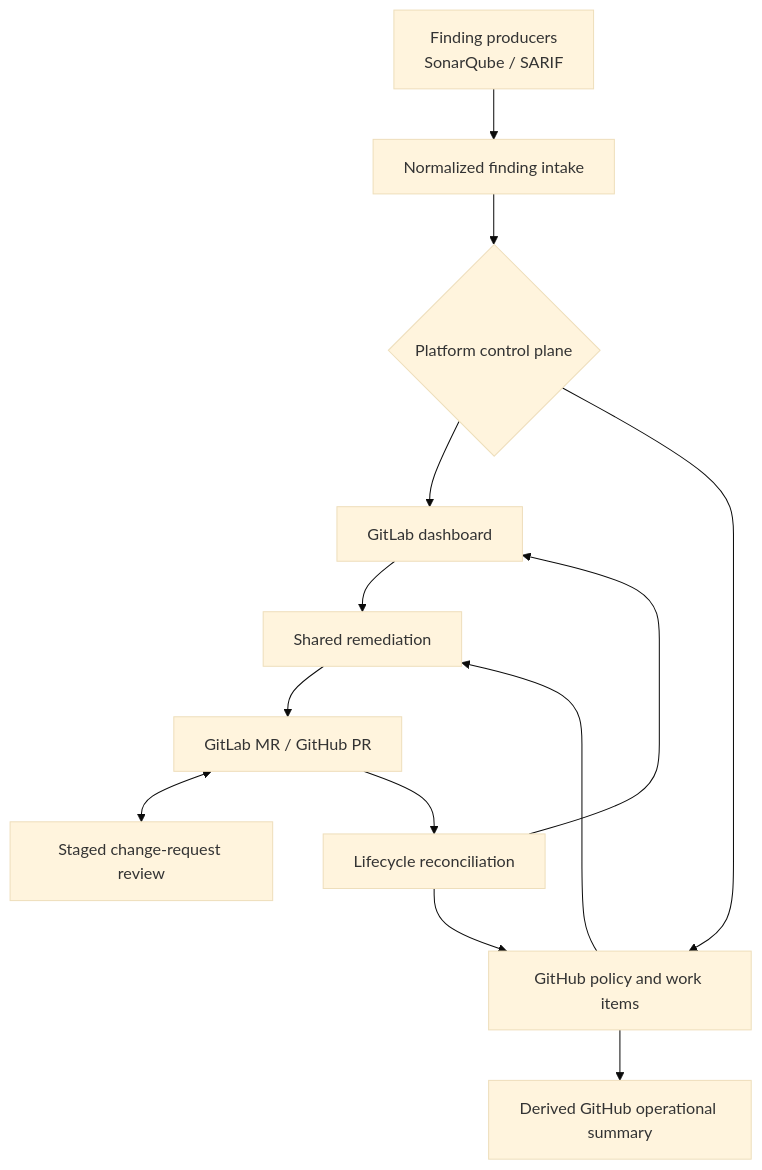
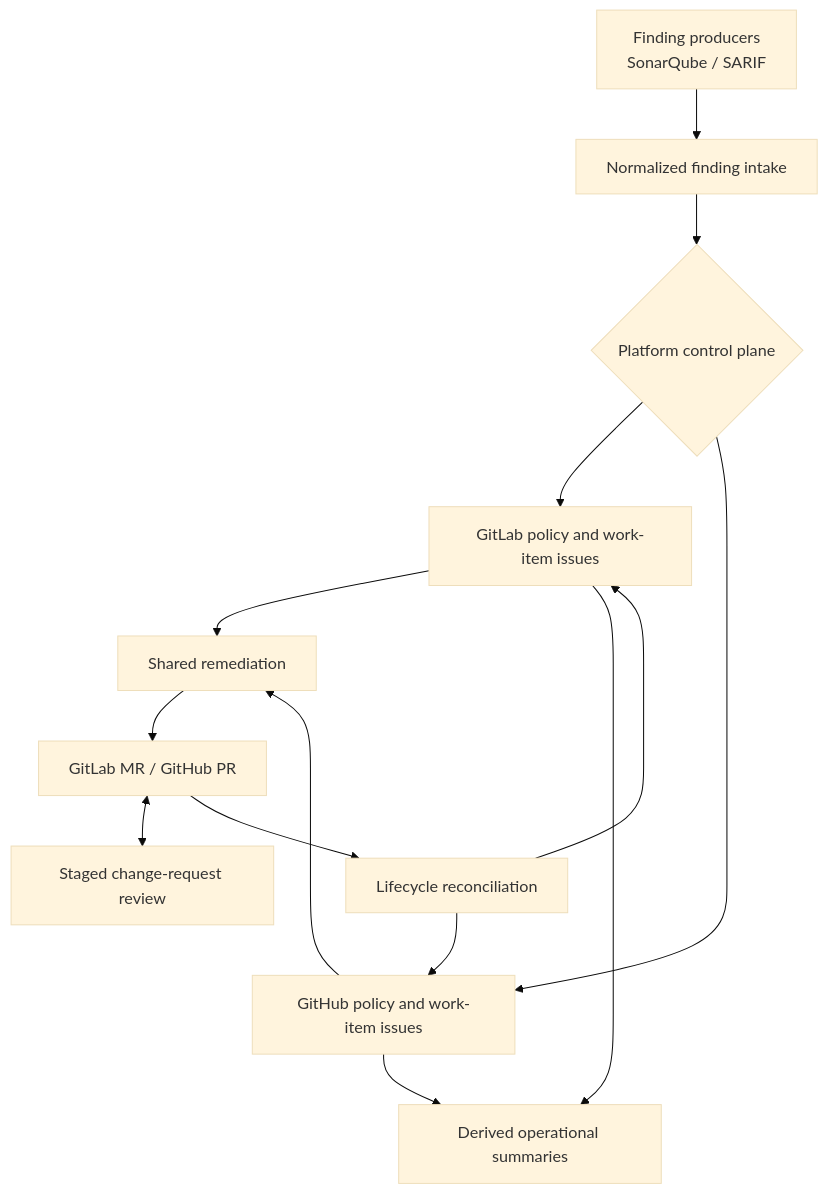
One commit to JustinMelger/ZeroOne-ops changed the diagram in README.md. Above: the diagram before and after it, drawn with Mermaid (base theme). The commit also changed other lines of this file and 2 other files, not shown here.

Commit message:
docs: make issue mode the primary workflow

````diff
--- a/README.md
+++ b/README.md
@@ -30,15 +30,16 @@
 ```mermaid
 flowchart TD
     A[Finding producers\nSonarQube / SARIF] --> B[Normalized finding intake]
     B --> C{Platform control plane}
-    C --> D[GitLab dashboard]
-    C --> E[GitHub policy and work items]
+    C --> D[GitLab policy and work-item issues]
+    C --> E[GitHub policy and work-item issues]
     D --> F[Shared remediation]
     E --> F
     F --> G[GitLab MR / GitHub PR]
     G <--> H[Staged change-request review]
     G --> I[Lifecycle reconciliation]
     I --> D
     I --> E
-    E --> J[Derived GitHub operational summary]
+    D --> J[Derived operational summaries]
+    E --> J
 ```
````
